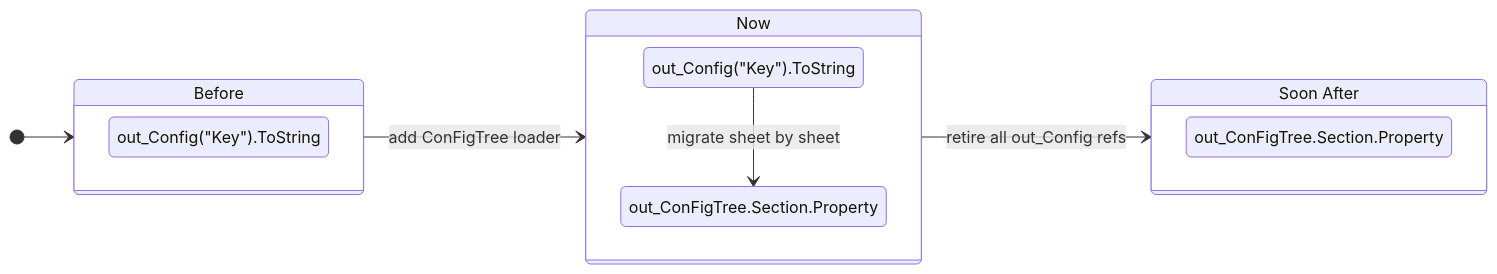
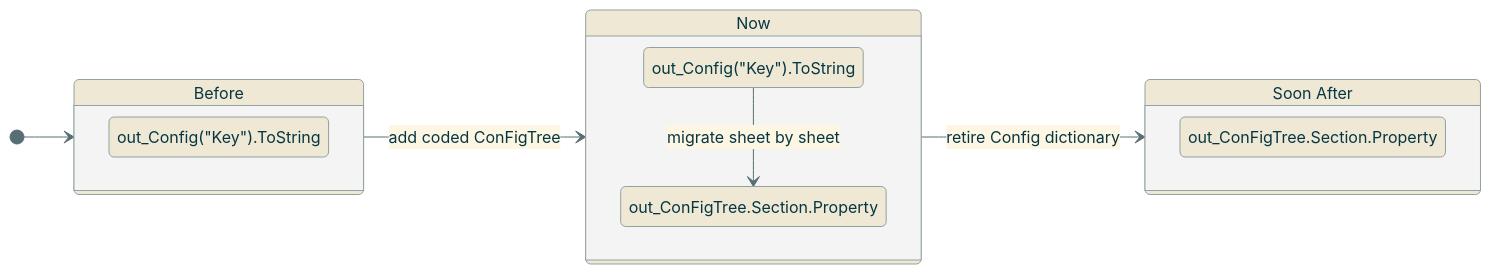
Before and after one commit to rpapub/ConFormMold: the fourth of 12 diagrams in docs/wiki/Mermaid-Diagrams.md, drawn with Mermaid. The commit also changed other lines of this file, not shown here.

First line of the commit message:
docs: apply Solarized light theme to all Mermaid diagrams in wiki

````diff
--- a/docs/wiki/Mermaid-Diagrams.md
+++ b/docs/wiki/Mermaid-Diagrams.md
@@ -63,19 +69,21 @@
 ```mermaid
+
+%%{init: {'theme': 'base', 'themeVariables': {'primaryColor': '#eee8d5', 'primaryTextColor': '#073642', 'primaryBorderColor': '#93a1a1', 'lineColor': '#586e75', 'edgeLabelBackground': '#fdf6e3', 'secondaryColor': '#fdf6e3', 'tertiaryColor': '#eee8d5'}}}%%
 stateDiagram-v2
     direction LR
     [*] --> Before
-    Before --> Now : add ConFigTree loader
-    Now --> SoonAfter : retire all out_Config refs
+    Before --> Now : add coded ConFigTree
+    Now --> SoonAfter : retire Config dictionary
 
     state Before {
         s1 : out_Config("Key").ToString
     }
     state Now {
         s2 : out_Config("Key").ToString
         s3 : out_ConFigTree.Section.Property
         s2 --> s3 : migrate sheet by sheet
     }
     state "Soon After" as SoonAfter {
         s4 : out_ConFigTree.Section.Property
     }
 ```
````
